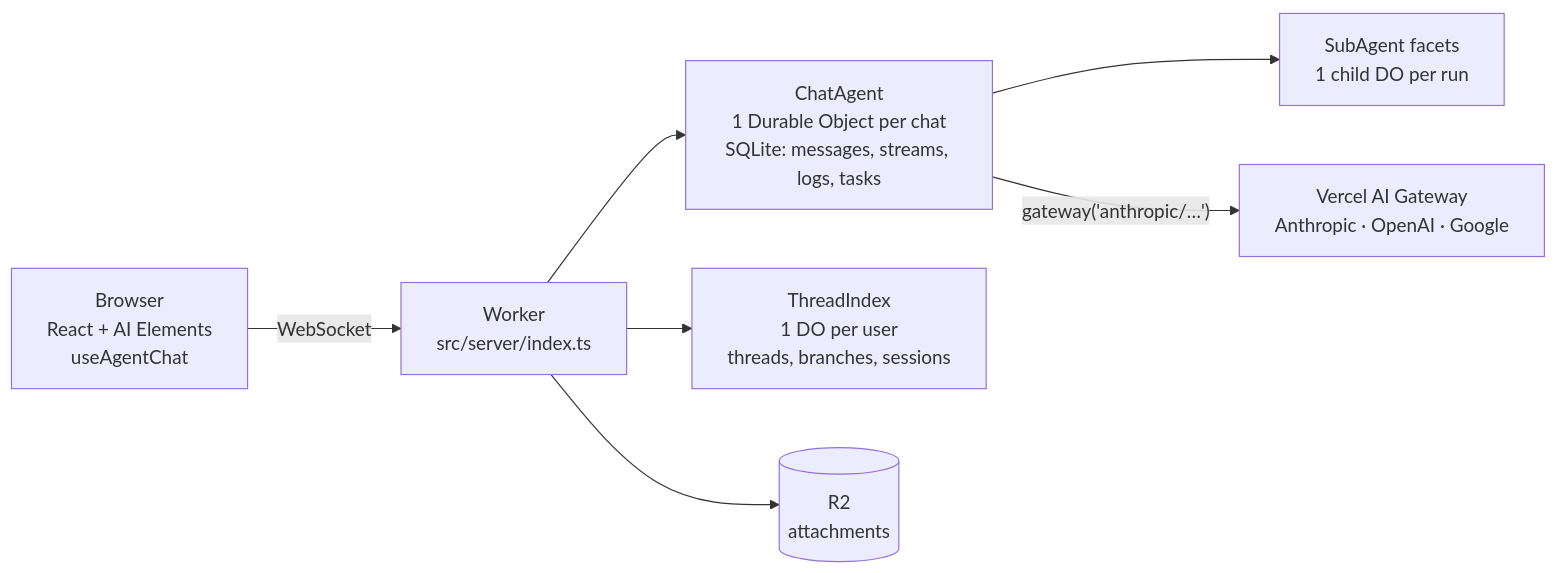
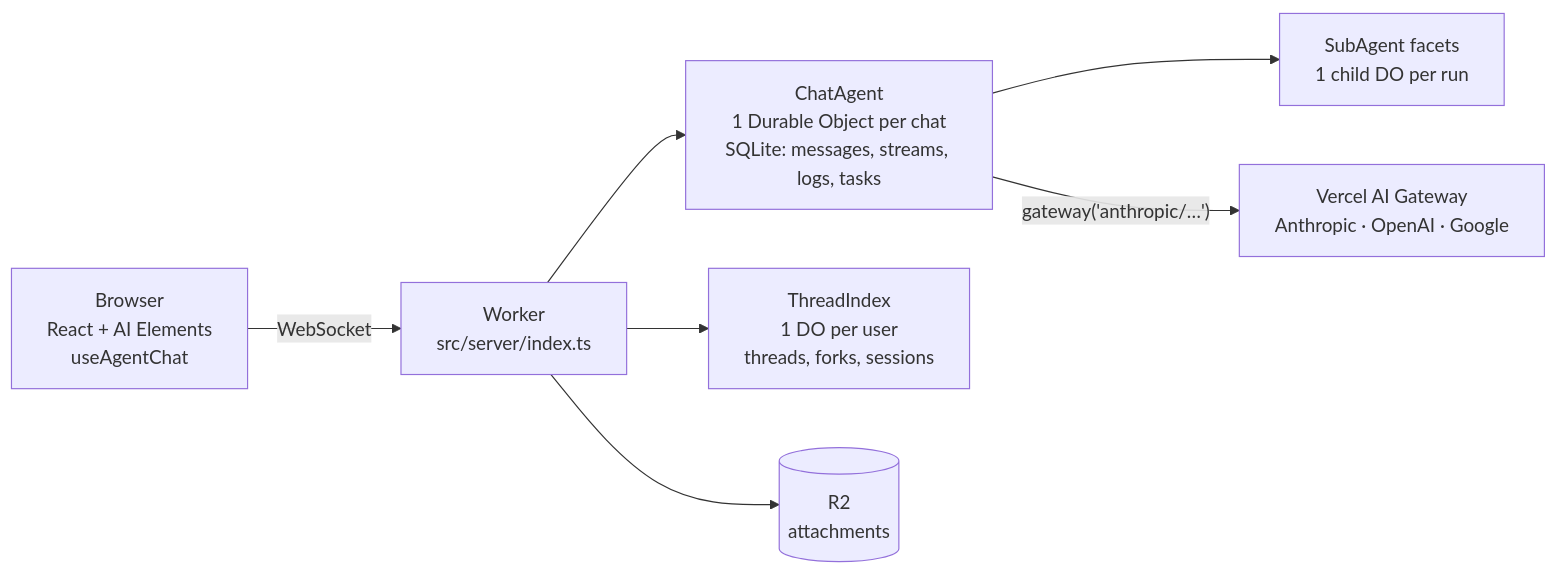
Before and after one commit to ShadowWalker2014/cloudflare-durable-agent: the diagram in README.md, drawn with Mermaid. The commit also changed other lines of this file and 28 other files, not shown here.

````diff
--- a/README.md
+++ b/README.md
@@ -35,9 +65,9 @@
 ```mermaid
 flowchart LR
   B["Browser<br/>React + AI Elements<br/>useAgentChat"] -- WebSocket --> W["Worker<br/>src/server/index.ts"]
   W --> C["ChatAgent<br/>1 Durable Object per chat<br/>SQLite: messages, streams, logs, tasks"]
   C --> S["SubAgent facets<br/>1 child DO per run"]
-  W --> I["ThreadIndex<br/>1 DO per user<br/>threads, branches, sessions"]
+  W --> I["ThreadIndex<br/>1 DO per user<br/>threads, forks, sessions"]
   W --> R2[("R2<br/>attachments")]
   C -- "gateway('anthropic/…')" --> G["Vercel AI Gateway<br/>Anthropic · OpenAI · Google"]
 ```
````
